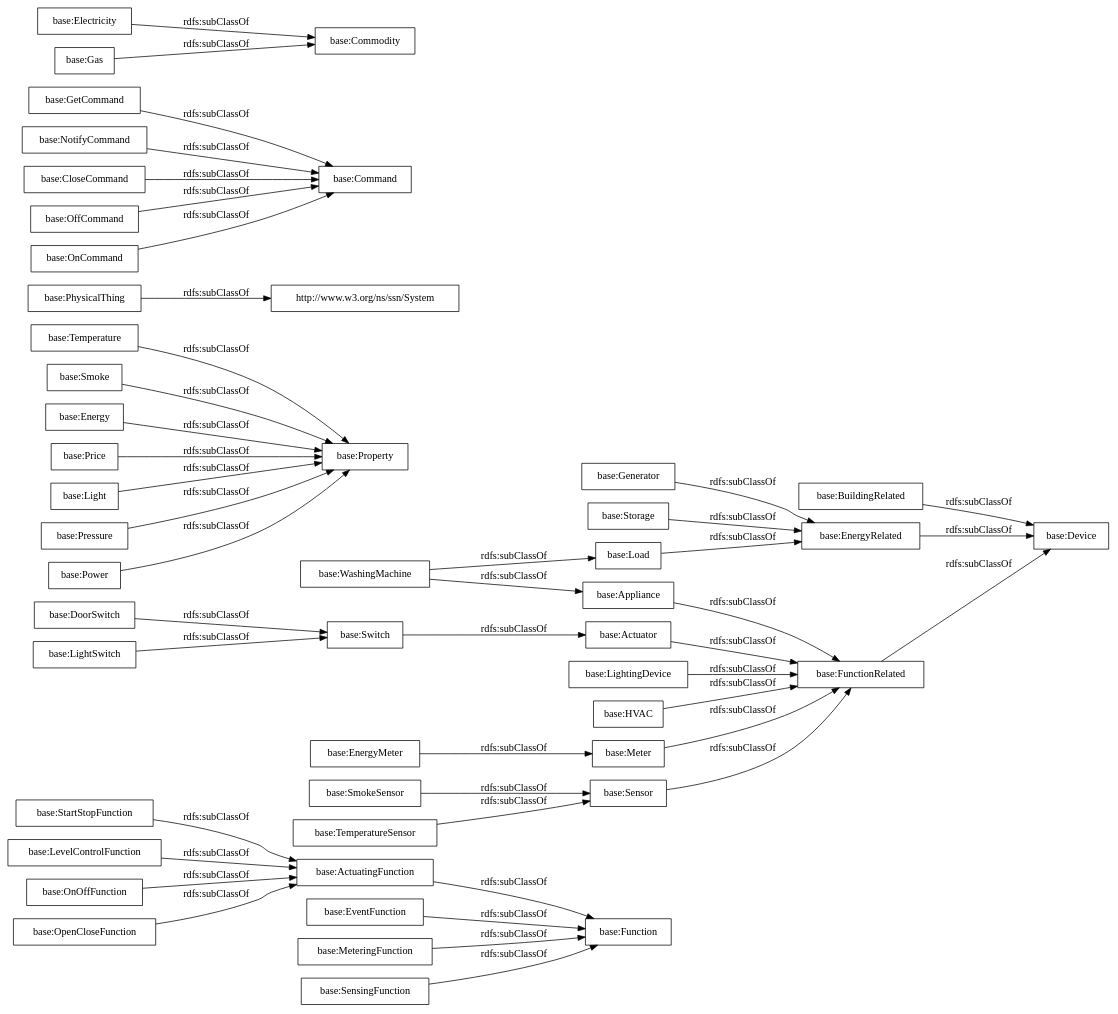
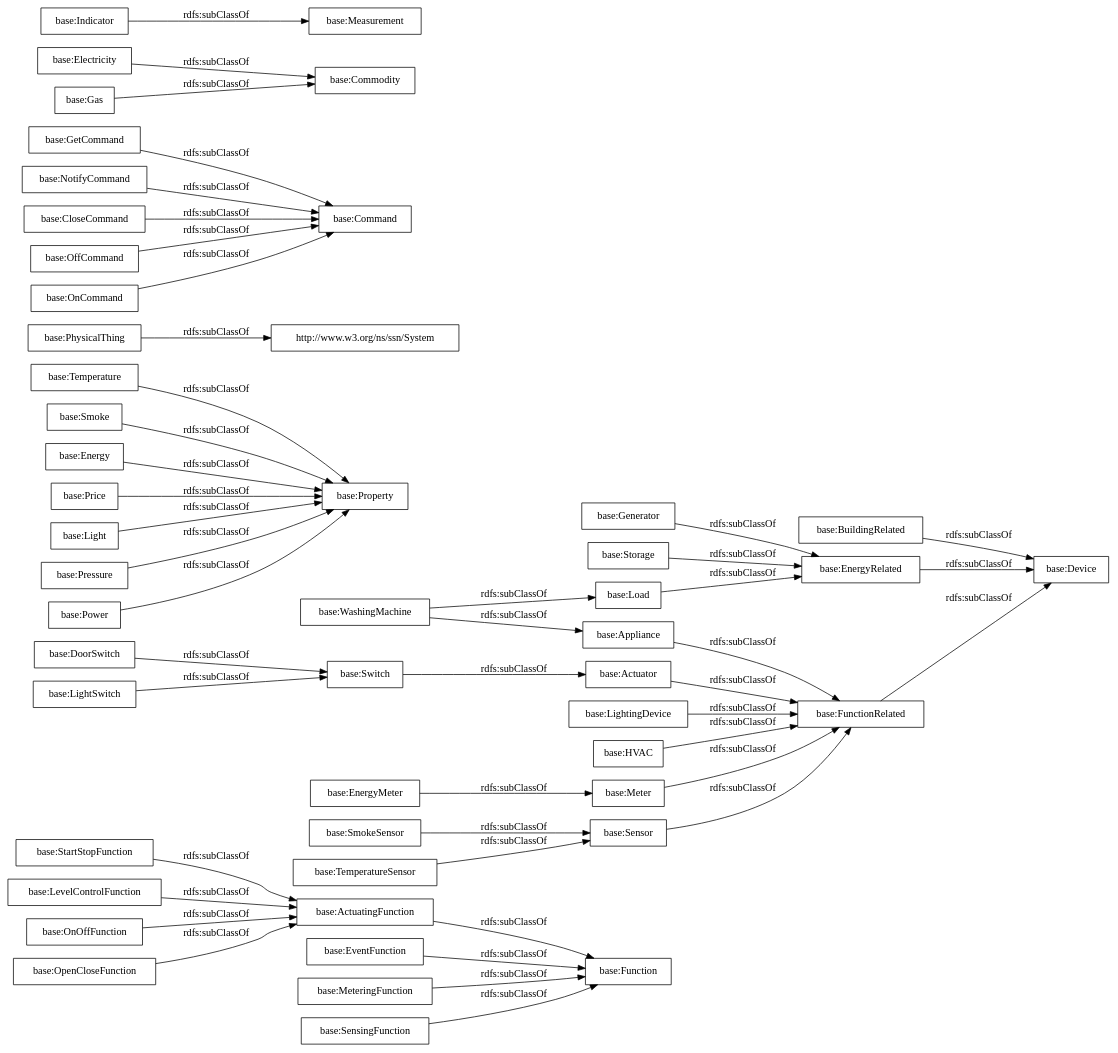
One commit to albaizq/ThemisEvaluation changed the diagram in OnToology/ontology.ttl/diagrams/ar2dtool-taxonomy/ontology.ttl.png.dot. Above: the diagram before and after it, drawn with Graphviz. The commit also changed 12 other files, not shown here.

```diff
--- a/OnToology/ontology.ttl/diagrams/ar2dtool-taxonomy/ontology.ttl.png.dot
+++ b/OnToology/ontology.ttl/diagrams/ar2dtool-taxonomy/ontology.ttl.png.dot
@@ -1,49 +1,50 @@
 digraph ar2dtool_diagram { 
 rankdir=LR;
 size="1000"
-node [shape = rectangle, color="black"]; "base:StartStopFunction" "base:BuildingRelated" "base:Temperature" "base:Smoke" "base:PhysicalThing" "base:Function" "base:Energy" "base:EventFunction" "base:DoorSwitch" "base:LevelControlFunction" "base:Switch" "base:GetCommand" "base:Actuator" "base:Electricity" "base:Appliance" "base:ActuatingFunction" "base:OnOffFunction" "base:LightSwitch" "base:Generator" "base:EnergyMeter" "base:Commodity" "base:EnergyRelated" "base:NotifyCommand" "base:SmokeSensor" "base:Storage" "base:Price" "base:Gas" "base:LightingDevice" "base:Device" "base:TemperatureSensor" "base:HVAC" "base:CloseCommand" "base:Meter" "base:OffCommand" "base:WashingMachine" "base:Property" "base:MeteringFunction" "base:Command" "base:FunctionRelated" "base:Light" "http://www.w3.org/ns/ssn/System" "base:OpenCloseFunction" "base:Pressure" "base:Sensor" "base:OnCommand" "base:Load" "base:Power" "base:SensingFunction" ; /*classes style*/
+node [shape = rectangle, color="black"]; "base:StartStopFunction" "base:BuildingRelated" "base:Temperature" "base:Smoke" "base:PhysicalThing" "base:Function" "base:Energy" "base:EventFunction" "base:DoorSwitch" "base:LevelControlFunction" "base:Switch" "base:GetCommand" "base:Actuator" "base:Electricity" "base:Appliance" "base:ActuatingFunction" "base:OnOffFunction" "base:LightSwitch" "base:Generator" "base:EnergyMeter" "base:Commodity" "base:EnergyRelated" "base:NotifyCommand" "base:SmokeSensor" "base:Storage" "base:Price" "base:Gas" "base:LightingDevice" "base:Device" "base:TemperatureSensor" "base:HVAC" "base:CloseCommand" "base:Meter" "base:OffCommand" "base:Indicator" "base:WashingMachine" "base:Property" "base:MeteringFunction" "base:Command" "base:FunctionRelated" "base:Light" "http://www.w3.org/ns/ssn/System" "base:OpenCloseFunction" "base:Pressure" "base:Sensor" "base:OnCommand" "base:Measurement" "base:Load" "base:Power" "base:SensingFunction" ; /*classes style*/
 	"base:OnOffFunction" -> "base:ActuatingFunction" [ label = "rdfs:subClassOf" ];
 	"base:Light" -> "base:Property" [ label = "rdfs:subClassOf" ];
 	"base:Electricity" -> "base:Commodity" [ label = "rdfs:subClassOf" ];
 	"base:SensingFunction" -> "base:Function" [ label = "rdfs:subClassOf" ];
 	"base:StartStopFunction" -> "base:ActuatingFunction" [ label = "rdfs:subClassOf" ];
 	"base:Storage" -> "base:EnergyRelated" [ label = "rdfs:subClassOf" ];
 	"base:ActuatingFunction" -> "base:Function" [ label = "rdfs:subClassOf" ];
 	"base:OnCommand" -> "base:Command" [ label = "rdfs:subClassOf" ];
 	"base:Actuator" -> "base:FunctionRelated" [ label = "rdfs:subClassOf" ];
 	"base:TemperatureSensor" -> "base:Sensor" [ label = "rdfs:subClassOf" ];
 	"base:Sensor" -> "base:FunctionRelated" [ label = "rdfs:subClassOf" ];
 	"base:SmokeSensor" -> "base:Sensor" [ label = "rdfs:subClassOf" ];
 	"base:Generator" -> "base:EnergyRelated" [ label = "rdfs:subClassOf" ];
 	"base:Pressure" -> "base:Property" [ label = "rdfs:subClassOf" ];
 	"base:DoorSwitch" -> "base:Switch" [ label = "rdfs:subClassOf" ];
 	"base:Appliance" -> "base:FunctionRelated" [ label = "rdfs:subClassOf" ];
 	"base:EnergyRelated" -> "base:Device" [ label = "rdfs:subClassOf" ];
 	"base:FunctionRelated" -> "base:Device" [ label = "rdfs:subClassOf" ];
 	"base:EnergyMeter" -> "base:Meter" [ label = "rdfs:subClassOf" ];
 	"base:GetCommand" -> "base:Command" [ label = "rdfs:subClassOf" ];
 	"base:BuildingRelated" -> "base:Device" [ label = "rdfs:subClassOf" ];
 	"base:LightSwitch" -> "base:Switch" [ label = "rdfs:subClassOf" ];
 	"base:Meter" -> "base:FunctionRelated" [ label = "rdfs:subClassOf" ];
 	"base:Energy" -> "base:Property" [ label = "rdfs:subClassOf" ];
 	"base:Load" -> "base:EnergyRelated" [ label = "rdfs:subClassOf" ];
 	"base:LightingDevice" -> "base:FunctionRelated" [ label = "rdfs:subClassOf" ];
 	"base:Power" -> "base:Property" [ label = "rdfs:subClassOf" ];
+	"base:Indicator" -> "base:Measurement" [ label = "rdfs:subClassOf" ];
 	"base:Smoke" -> "base:Property" [ label = "rdfs:subClassOf" ];
 	"base:LevelControlFunction" -> "base:ActuatingFunction" [ label = "rdfs:subClassOf" ];
 	"base:NotifyCommand" -> "base:Command" [ label = "rdfs:subClassOf" ];
 	"base:Temperature" -> "base:Property" [ label = "rdfs:subClassOf" ];
 	"base:EventFunction" -> "base:Function" [ label = "rdfs:subClassOf" ];
 	"base:Gas" -> "base:Commodity" [ label = "rdfs:subClassOf" ];
 	"base:WashingMachine" -> "base:Load" [ label = "rdfs:subClassOf" ];
 	"base:WashingMachine" -> "base:Appliance" [ label = "rdfs:subClassOf" ];
 	"base:MeteringFunction" -> "base:Function" [ label = "rdfs:subClassOf" ];
 	"base:Switch" -> "base:Actuator" [ label = "rdfs:subClassOf" ];
 	"base:OffCommand" -> "base:Command" [ label = "rdfs:subClassOf" ];
 	"base:HVAC" -> "base:FunctionRelated" [ label = "rdfs:subClassOf" ];
 	"base:Price" -> "base:Property" [ label = "rdfs:subClassOf" ];
 	"base:PhysicalThing" -> "http://www.w3.org/ns/ssn/System" [ label = "rdfs:subClassOf" ];
 	"base:CloseCommand" -> "base:Command" [ label = "rdfs:subClassOf" ];
 	"base:OpenCloseFunction" -> "base:ActuatingFunction" [ label = "rdfs:subClassOf" ];
 
 }
```
